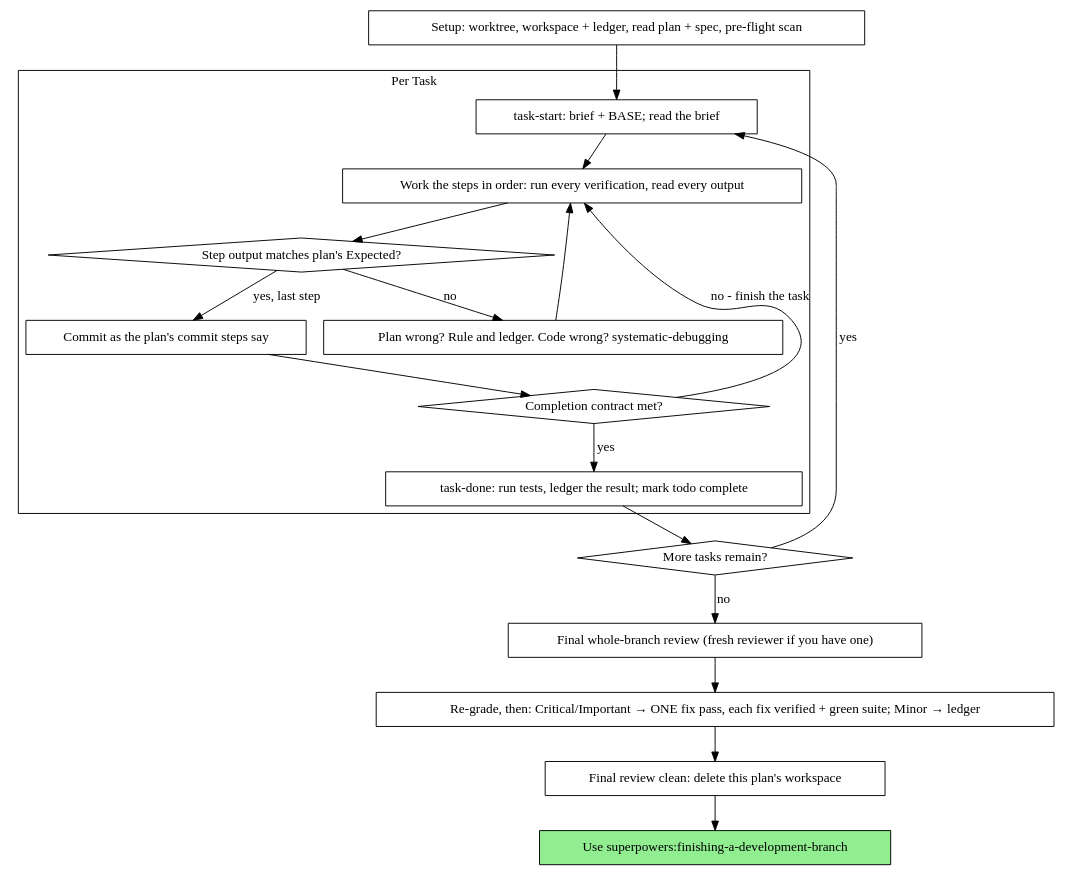
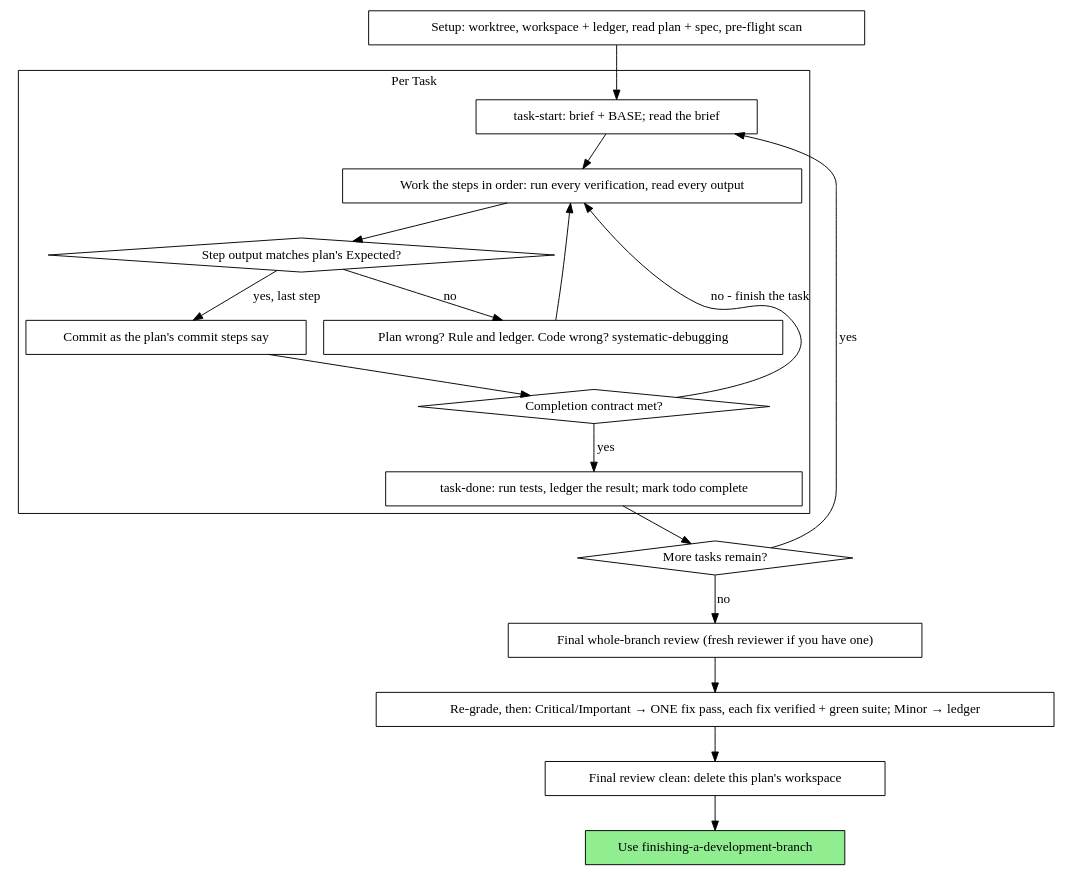
Before and after one commit to itsjustnoam-spec/claudeskillstest: the diagram in skills/executing-plans/SKILL.md, drawn with Graphviz. The commit also changed other lines of this file and 20 other files, not shown here.

Commit message:
feat(review,analyzer): implement branch-code-review, code-reviews-analyzer, and workflow improvements

````diff
--- a/skills/executing-plans/SKILL.md
+++ b/skills/executing-plans/SKILL.md
@@ -64,39 +64,39 @@
 ```dot
 digraph process {
     rankdir=TB;
 
     subgraph cluster_per_task {
         label="Per Task";
         "task-start: brief + BASE; read the brief" [shape=box];
         "Work the steps in order: run every verification, read every output" [shape=box];
         "Step output matches plan's Expected?" [shape=diamond];
         "Plan wrong? Rule and ledger. Code wrong? systematic-debugging" [shape=box];
         "Commit as the plan's commit steps say" [shape=box];
         "Completion contract met?" [shape=diamond];
         "task-done: run tests, ledger the result; mark todo complete" [shape=box];
     }
 
     "Setup: worktree, workspace + ledger, read plan + spec, pre-flight scan" [shape=box];
     "More tasks remain?" [shape=diamond];
     "Final whole-branch review (fresh reviewer if you have one)" [shape=box];
     "Re-grade, then: Critical/Important → ONE fix pass, each fix verified + green suite; Minor → ledger" [shape=box];
     "Final review clean: delete this plan's workspace" [shape=box];
-    "Use superpowers:finishing-a-development-branch" [shape=box style=filled fillcolor=lightgreen];
+    "Use finishing-a-development-branch" [shape=box style=filled fillcolor=lightgreen];
 
     "Setup: worktree, workspace + ledger, read plan + spec, pre-flight scan" -> "task-start: brief + BASE; read the brief";
     "task-start: brief + BASE; read the brief" -> "Work the steps in order: run every verification, read every output";
     "Work the steps in order: run every verification, read every output" -> "Step output matches plan's Expected?";
     "Step output matches plan's Expected?" -> "Plan wrong? Rule and ledger. Code wrong? systematic-debugging" [label="no"];
     "Plan wrong? Rule and ledger. Code wrong? systematic-debugging" -> "Work the steps in order: run every verification, read every output";
     "Step output matches plan's Expected?" -> "Commit as the plan's commit steps say" [label="yes, last step"];
     "Commit as the plan's commit steps say" -> "Completion contract met?";
     "Completion contract met?" -> "Work the steps in order: run every verification, read every output" [label="no - finish the task"];
     "Completion contract met?" -> "task-done: run tests, ledger the result; mark todo complete" [label="yes"];
     "task-done: run tests, ledger the result; mark todo complete" -> "More tasks remain?";
     "More tasks remain?" -> "task-start: brief + BASE; read the brief" [label="yes"];
     "More tasks remain?" -> "Final whole-branch review (fresh reviewer if you have one)" [label="no"];
     "Final whole-branch review (fresh reviewer if you have one)" -> "Re-grade, then: Critical/Important → ONE fix pass, each fix verified + green suite; Minor → ledger";
     "Re-grade, then: Critical/Important → ONE fix pass, each fix verified + green suite; Minor → ledger" -> "Final review clean: delete this plan's workspace";
-    "Final review clean: delete this plan's workspace" -> "Use superpowers:finishing-a-development-branch";
+    "Final review clean: delete this plan's workspace" -> "Use finishing-a-development-branch";
 }
 ```
````
